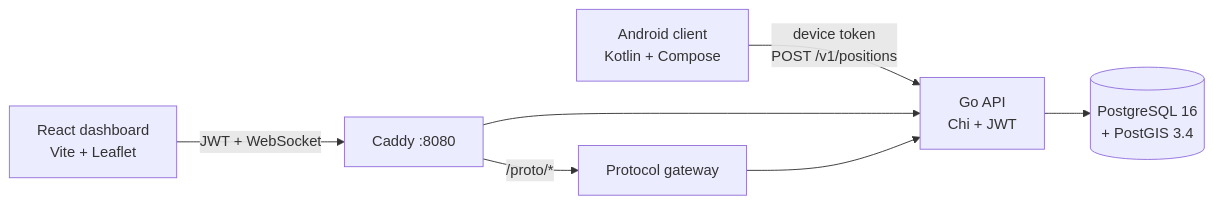
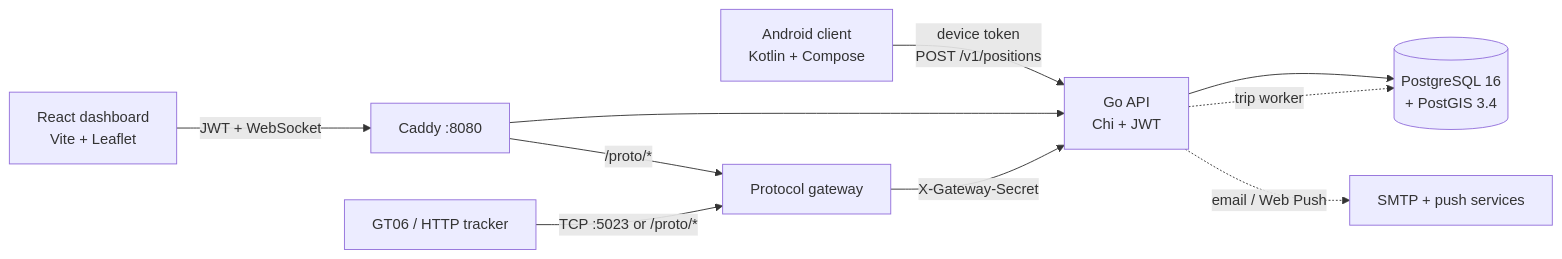
Before and after one commit to AYMANOULHOUF/trackstack: the diagram in README.md, drawn with Mermaid. The commit also changed other lines of this file and 32 other files, not shown here.

First line of the commit message:
Add trip segmentation, geofence editor, notifications, and hardware gateway

````diff
--- a/README.md
+++ b/README.md
@@ -32,9 +34,12 @@
 ```mermaid
 flowchart LR
     Phone["Android client<br/>Kotlin + Compose"] -->|"device token<br/>POST /v1/positions"| API
     Browser["React dashboard<br/>Vite + Leaflet"] -->|"JWT + WebSocket"| Caddy
+    Tracker["GT06 / HTTP tracker"] -->|"TCP :5023 or /proto/*"| GW
     Caddy["Caddy :8080"] --> API["Go API<br/>Chi + JWT"]
     Caddy -->|"/proto/*"| GW["Protocol gateway"]
+    GW -->|"X-Gateway-Secret"| API
     API --> DB[("PostgreSQL 16<br/>+ PostGIS 3.4")]
-    GW --> API
+    API -.->|"trip worker"| DB
+    API -.->|"email / Web Push"| Alerts["SMTP + push services"]
 ```
````
